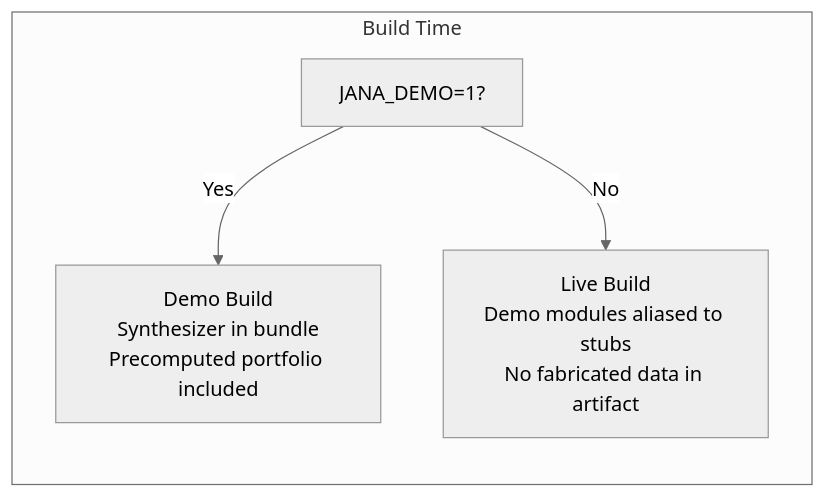
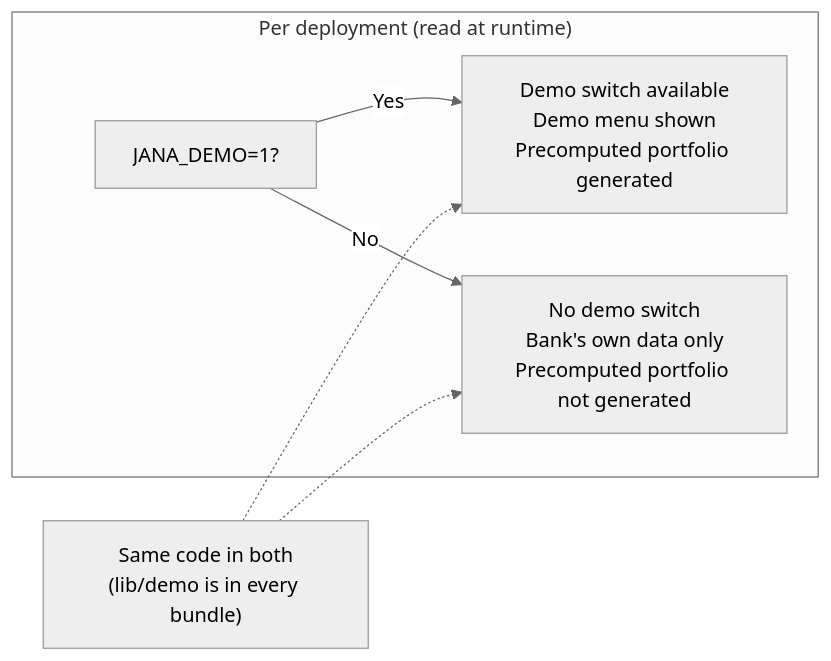
The third of 12 diagrams in docs/ARCHITECTURE.md (Jana-Earth-Data/jana-bfi-app), drawn with Mermaid (neutral theme) before and after one commit. The commit also changed other lines of this file and 42 other files, not shown here.

````diff
--- a/docs/ARCHITECTURE.md
+++ b/docs/ARCHITECTURE.md
@@ -166,8 +168,10 @@
 ```mermaid
 graph LR
-    subgraph "Build Time"
+    subgraph "Per deployment (read at runtime)"
         ENV["JANA_DEMO=1?"]
-        ENV -->|Yes| DemoBuild["Demo Build<br/>Synthesizer in bundle<br/>Precomputed portfolio included"]
-        ENV -->|No| LiveBuild["Live Build<br/>Demo modules aliased to stubs<br/>No fabricated data in artifact"]
+        ENV -->|Yes| Avail["Demo switch available<br/>Demo menu shown<br/>Precomputed portfolio generated"]
+        ENV -->|No| NoSwitch["No demo switch<br/>Bank's own data only<br/>Precomputed portfolio not generated"]
     end
+    Bundle["Same code in both<br/>(lib/demo is in every bundle)"] -.-> Avail
+    Bundle -.-> NoSwitch
 ```
````
